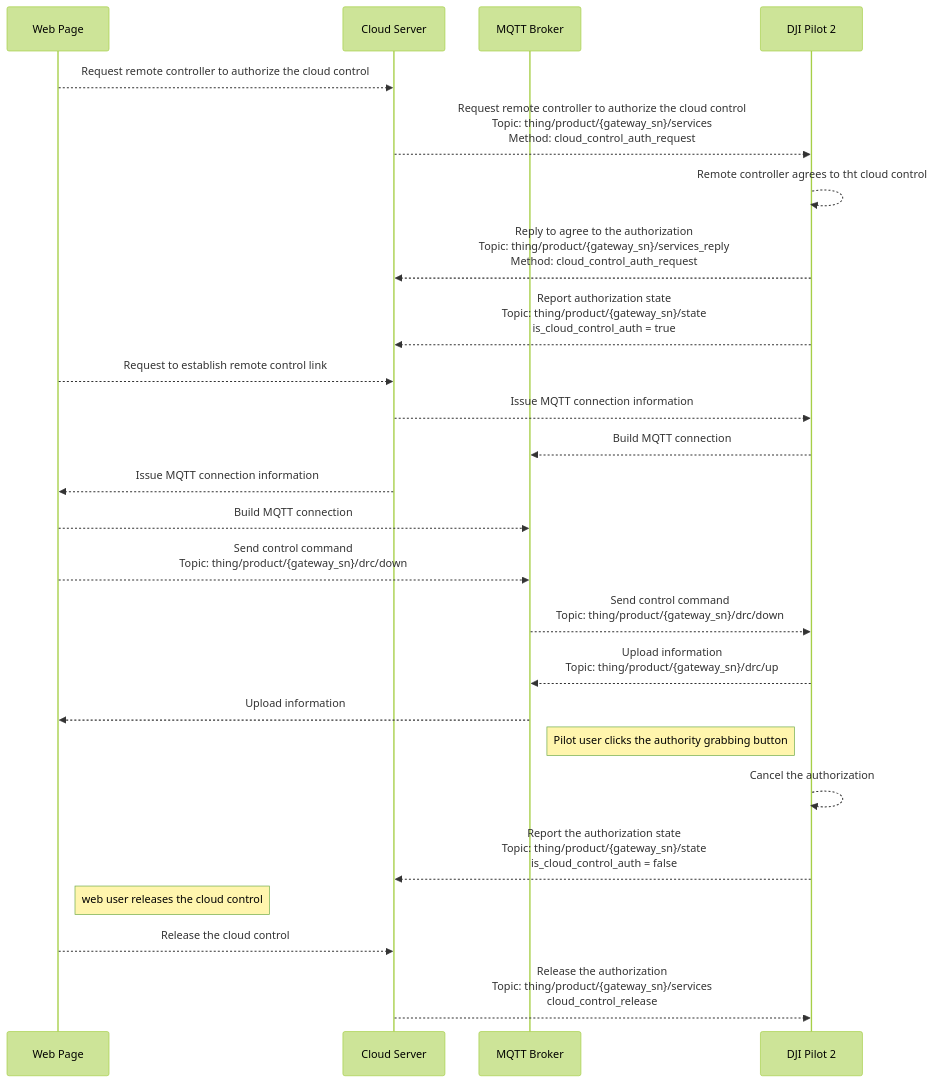
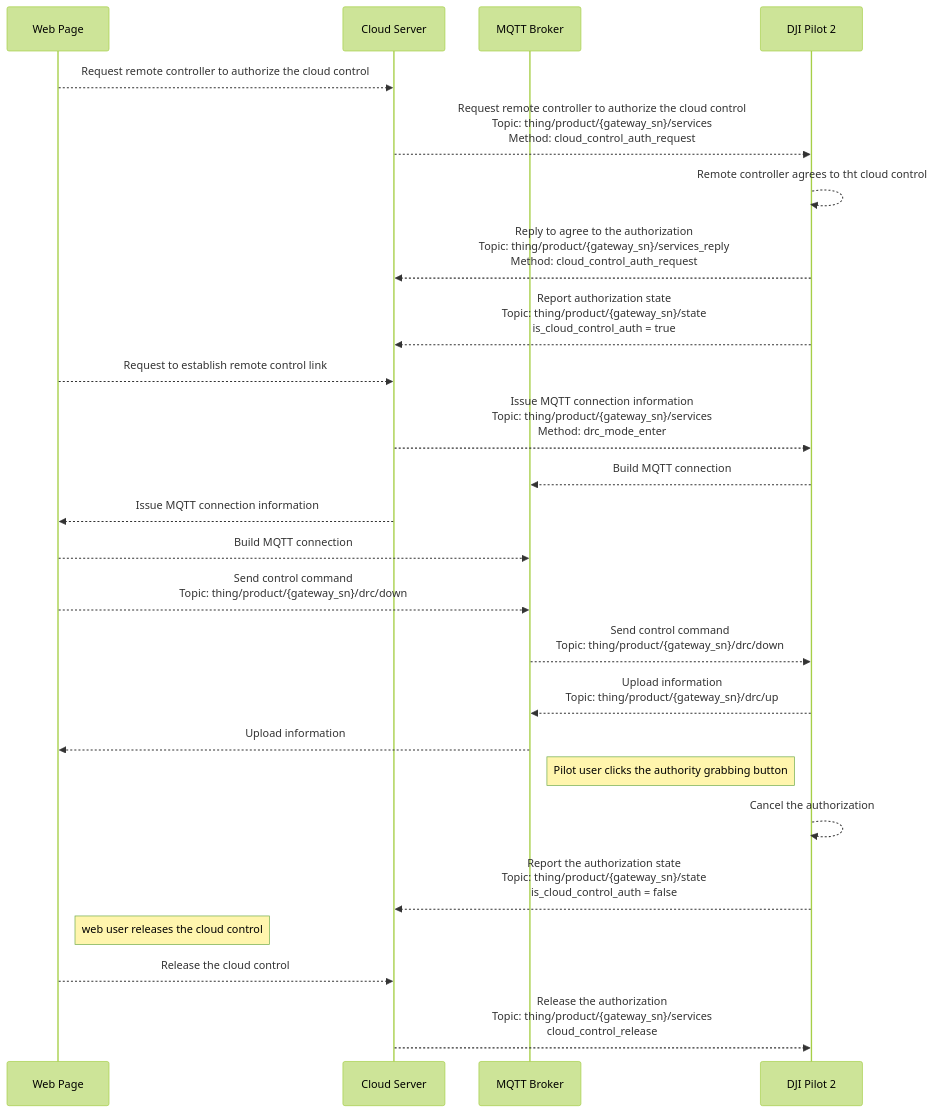
Before and after one commit to dji-sdk/Cloud-API-Doc: the diagram in docs/en/30.feature-set/10.pilot-feature-set/90.drc.md, drawn with Mermaid (forest theme). The commit also changed 78 other files, not shown here.

````diff
--- a/docs/en/30.feature-set/10.pilot-feature-set/90.drc.md
+++ b/docs/en/30.feature-set/10.pilot-feature-set/90.drc.md
@@ -22,38 +22,38 @@
 ```mermaid
 sequenceDiagram
 
 participant web as Web Page
 participant cloud as Cloud Server
 participant mqtt as MQTT Broker
 participant pilot as DJI Pilot 2
 
 web -->> cloud: Request remote controller to authorize the cloud control
 cloud -->> pilot: Request remote controller to authorize the cloud control <br/>Topic: thing/product/{gateway_sn}/services <br/>Method: cloud_control_auth_request
 pilot -->> pilot: Remote controller agrees to tht cloud control
 pilot -->> cloud: Reply to agree to the authorization <br/>Topic: thing/product/{gateway_sn}/services_reply <br/>Method: cloud_control_auth_request
 pilot -->> cloud: Report authorization state <br/>Topic: thing/product/{gateway_sn}/state <br/>is_cloud_control_auth = true
 
 web -->> cloud: Request to establish remote control link
-cloud -->> pilot: Issue MQTT connection information
+cloud -->> pilot: Issue MQTT connection information <br/>Topic: thing/product/{gateway_sn}/services <br/>Method: drc_mode_enter
 pilot -->> mqtt: Build MQTT connection
 cloud -->> web: Issue MQTT connection information
 web -->> mqtt: Build MQTT connection
 
 web -->> mqtt: Send control command <br/>Topic: thing/product/{gateway_sn}/drc/down
 mqtt -->> pilot: Send control command <br/>Topic: thing/product/{gateway_sn}/drc/down
 
 pilot -->> mqtt: Upload information <br/>Topic: thing/product/{gateway_sn}/drc/up
 mqtt -->> web: Upload information
 
 
     note left of pilot: Pilot user clicks the authority grabbing button
 
 pilot -->> pilot: Cancel the authorization
 pilot -->> cloud: Report the authorization state <br/>Topic: thing/product/{gateway_sn}/state <br/>is_cloud_control_auth = false
 
 
     note right of web: web user releases the cloud control
 
 web -->> cloud: Release the cloud control
 cloud -->> pilot: Release the authorization <br/>Topic: thing/product/{gateway_sn}/services <br/>cloud_control_release
 ```
````
